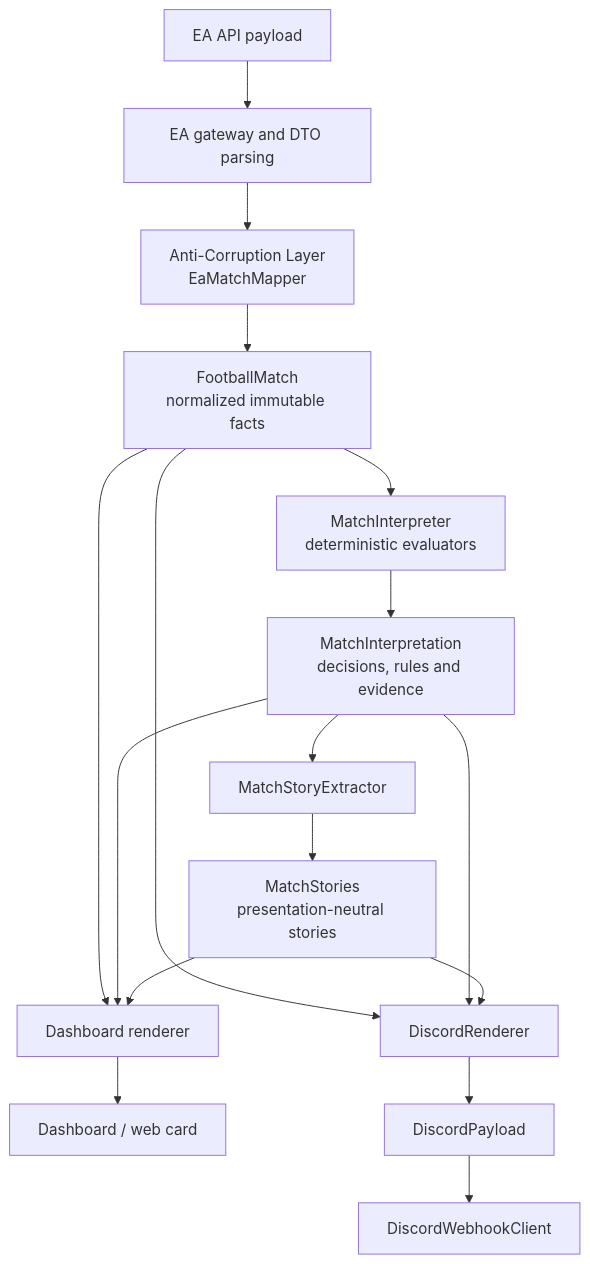
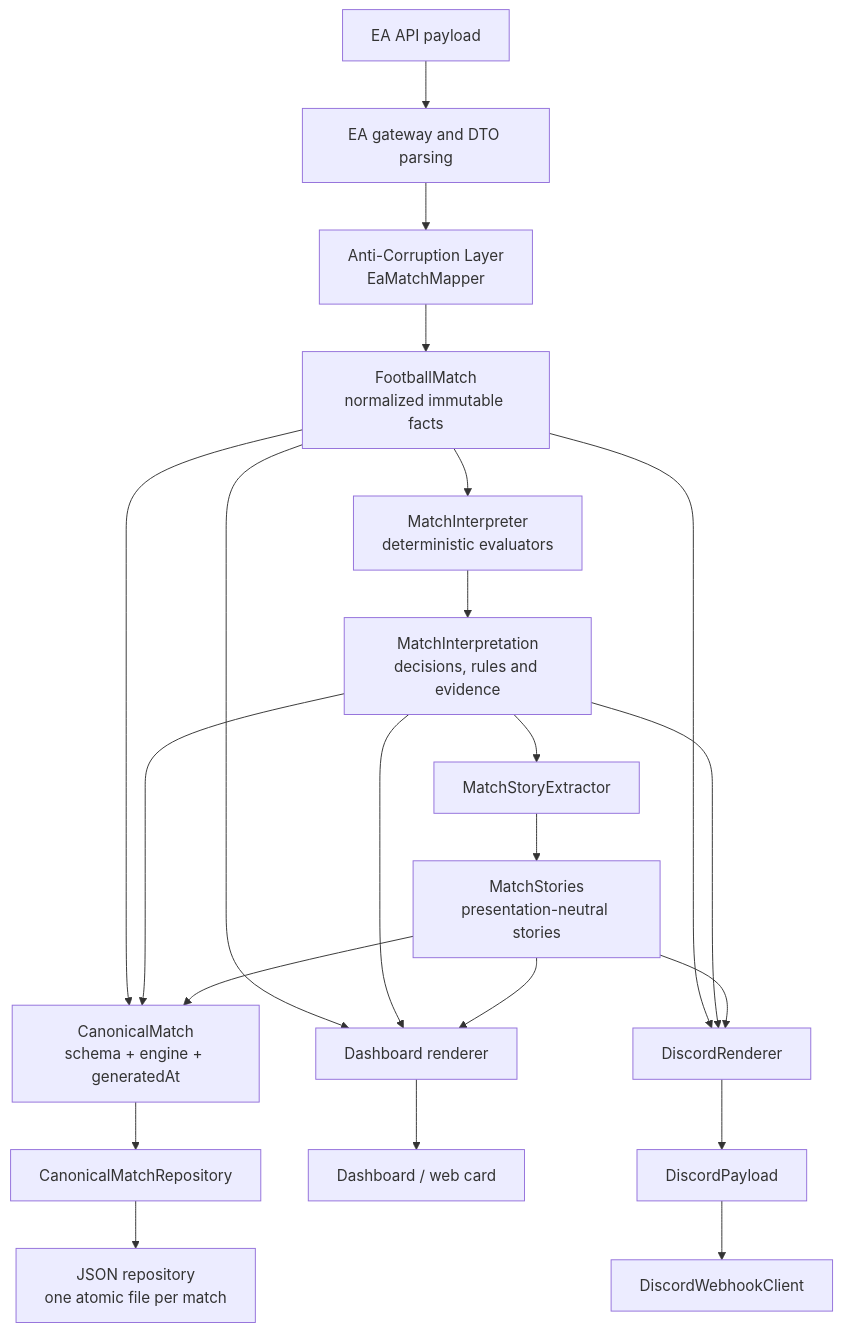
The diagram in docs/architecture.md (douglas-borba/eafc26-discord-stats), drawn with Mermaid before and after one commit. The commit also changed other lines of this file and 10 other files, not shown here.

Commit message:
feat: add canonical match repository

````diff
--- a/docs/architecture.md
+++ b/docs/architecture.md
@@ -13,19 +13,24 @@
 ```mermaid
 flowchart TD
     EA["EA API payload"] --> GW["EA gateway and DTO parsing"]
     GW --> ACL["Anti-Corruption Layer<br/>EaMatchMapper"]
     ACL --> FM["FootballMatch<br/>normalized immutable facts"]
     FM --> MI["MatchInterpreter<br/>deterministic evaluators"]
     MI --> INT["MatchInterpretation<br/>decisions, rules and evidence"]
     INT --> SE["MatchStoryExtractor"]
     SE --> MS["MatchStories<br/>presentation-neutral stories"]
+    FM --> CM["CanonicalMatch<br/>schema + engine + generatedAt"]
+    INT --> CM
+    MS --> CM
+    CM --> PORT["CanonicalMatchRepository"]
+    PORT --> JSON["JSON repository<br/>one atomic file per match"]
     FM --> DASH["Dashboard renderer"]
     INT --> DASH
     MS --> DASH
     FM --> DISC["DiscordRenderer"]
     INT --> DISC
     MS --> DISC
     DASH --> WEB["Dashboard / web card"]
     DISC --> PAYLOAD["DiscordPayload"]
     PAYLOAD --> HOOK["DiscordWebhookClient"]
 ```
````
